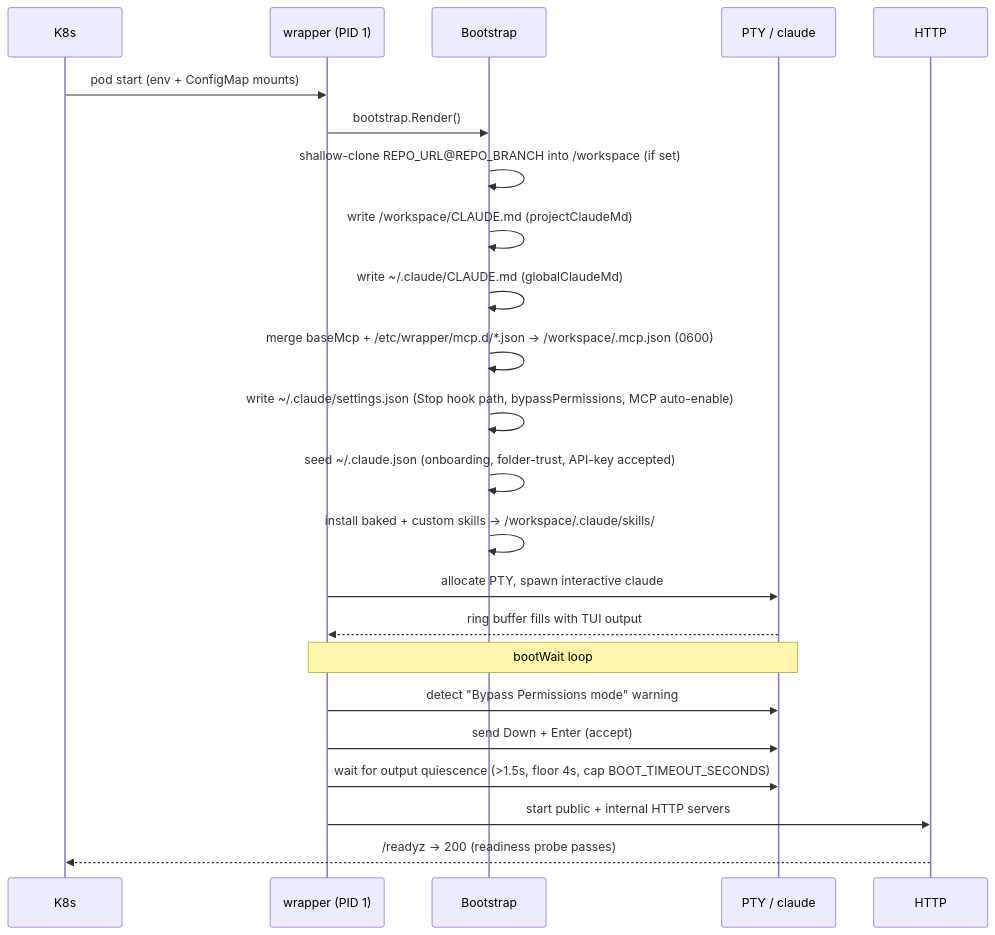
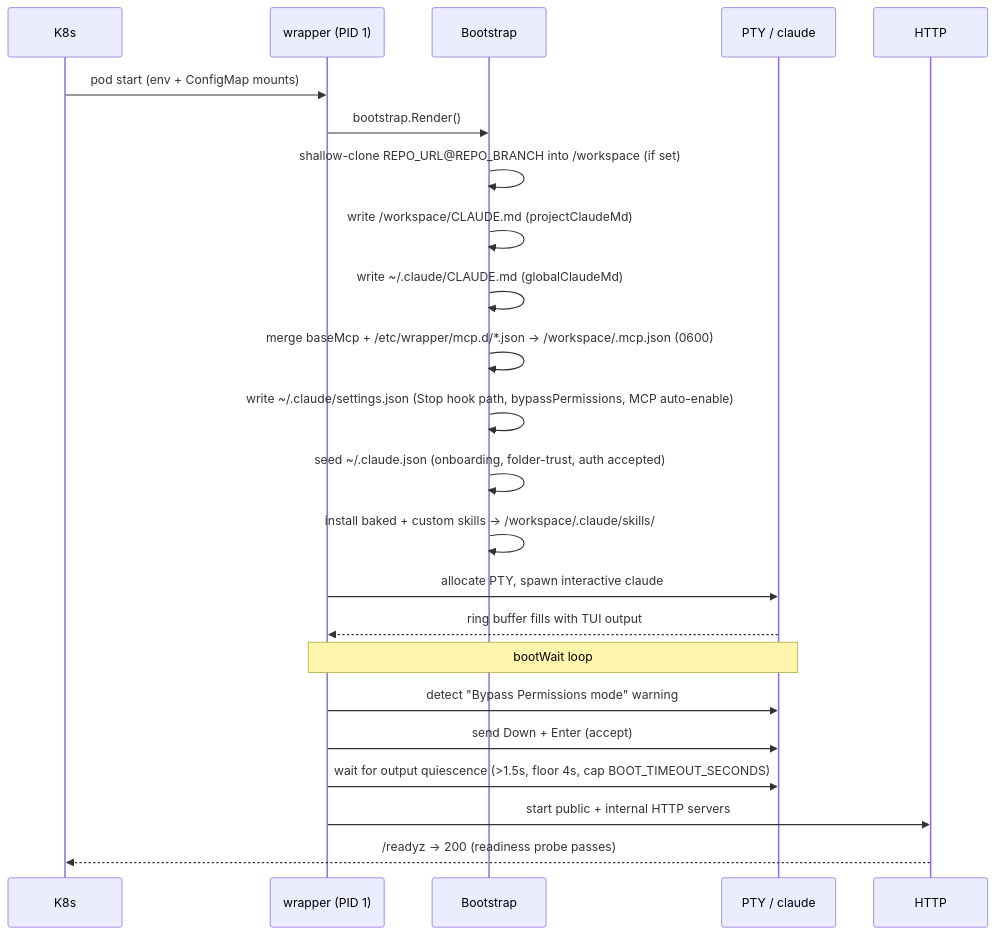
Before and after one commit to szymonrychu/tatara-documentation: the first of 2 diagrams in docs/architecture/agent-execution.md, drawn with Mermaid. The commit also changed other lines of this file and 44 other files, not shown here.

````diff
--- a/docs/architecture/agent-execution.md
+++ b/docs/architecture/agent-execution.md
@@ -73,26 +74,26 @@
 ```mermaid
 sequenceDiagram
     participant K8s
     participant Wrapper as wrapper (PID 1)
     participant Bootstrap
     participant PTY as PTY / claude
     participant HTTP
 
     K8s->>Wrapper: pod start (env + ConfigMap mounts)
     Wrapper->>Bootstrap: bootstrap.Render()
     Bootstrap->>Bootstrap: shallow-clone REPO_URL@REPO_BRANCH into /workspace (if set)
     Bootstrap->>Bootstrap: write /workspace/CLAUDE.md (projectClaudeMd)
     Bootstrap->>Bootstrap: write ~/.claude/CLAUDE.md (globalClaudeMd)
     Bootstrap->>Bootstrap: merge baseMcp + /etc/wrapper/mcp.d/*.json -> /workspace/.mcp.json (0600)
     Bootstrap->>Bootstrap: write ~/.claude/settings.json (Stop hook path, bypassPermissions, MCP auto-enable)
-    Bootstrap->>Bootstrap: seed ~/.claude.json (onboarding, folder-trust, API-key accepted)
+    Bootstrap->>Bootstrap: seed ~/.claude.json (onboarding, folder-trust, auth accepted)
     Bootstrap->>Bootstrap: install baked + custom skills -> /workspace/.claude/skills/
     Wrapper->>PTY: allocate PTY, spawn interactive claude
     PTY-->>Wrapper: ring buffer fills with TUI output
     Note over Wrapper,PTY: bootWait loop
     Wrapper->>PTY: detect "Bypass Permissions mode" warning
     Wrapper->>PTY: send Down + Enter (accept)
     Wrapper->>PTY: wait for output quiescence (>1.5s, floor 4s, cap BOOT_TIMEOUT_SECONDS)
     Wrapper->>HTTP: start public + internal HTTP servers
     HTTP-->>K8s: /readyz -> 200 (readiness probe passes)
 ```
````
